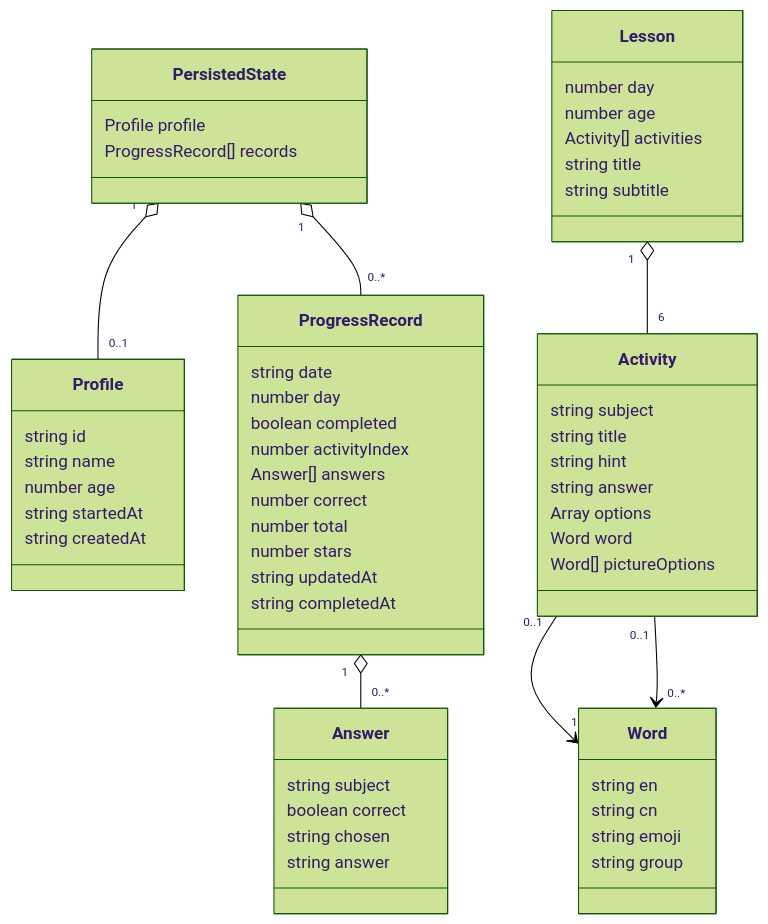
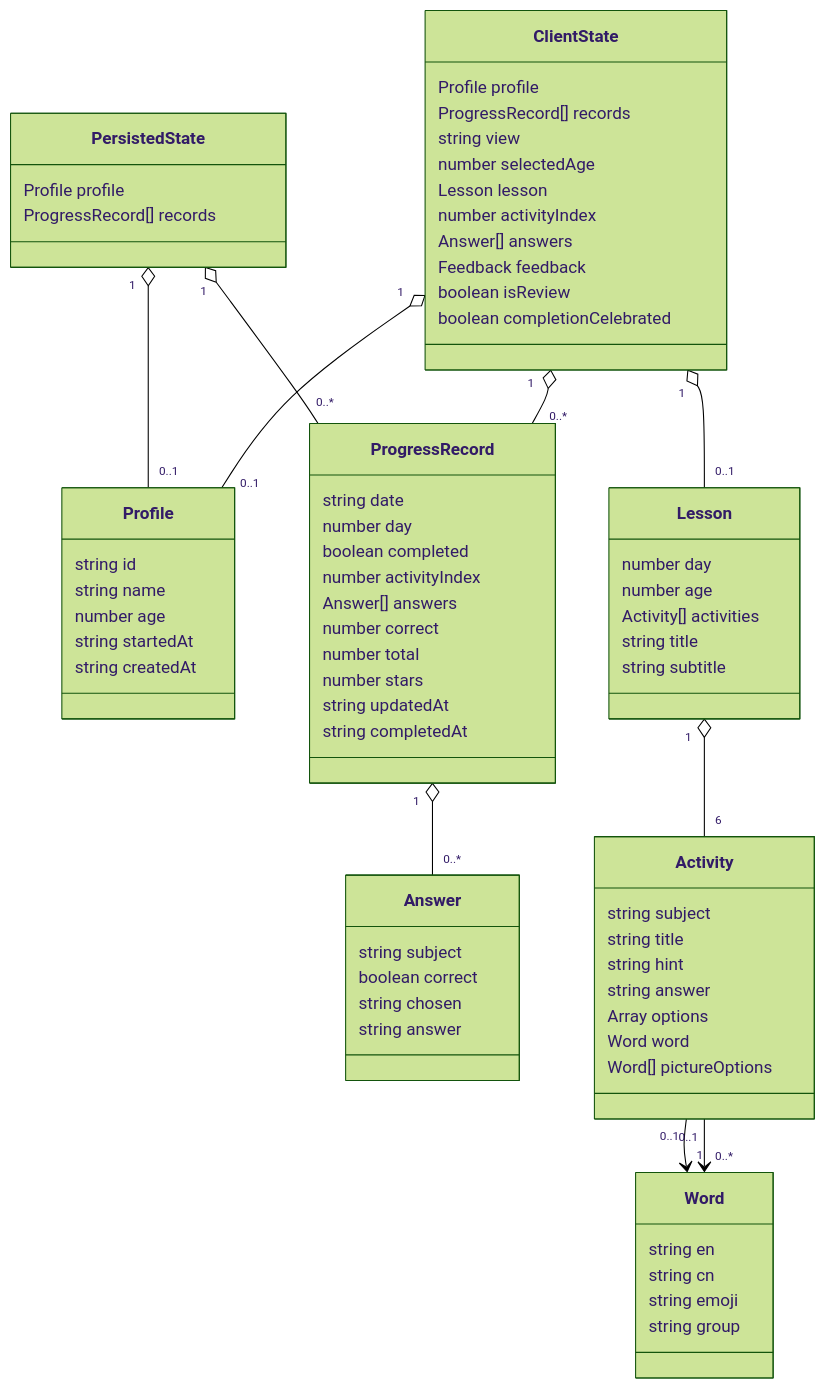
One commit to guccang/yuanbao changed the second of 2 diagrams in docs/codinghub/architecture.md. Above: the diagram before and after it, drawn with Mermaid (forest theme). The commit also changed other lines of this file and 3 other files, not shown here.

````diff
--- a/docs/codinghub/architecture.md
+++ b/docs/codinghub/architecture.md
@@ -58,60 +71,75 @@
 ```mermaid
 classDiagram
     class PersistedState {
         Profile profile
         ProgressRecord[] records
     }
     class Profile {
         string id
         string name
         number age
         string startedAt
         string createdAt
     }
     class ProgressRecord {
         string date
         number day
         boolean completed
         number activityIndex
         Answer[] answers
         number correct
         number total
         number stars
         string updatedAt
         string completedAt
     }
     class Answer {
         string subject
         boolean correct
         string chosen
         string answer
     }
+    class ClientState {
+        Profile profile
+        ProgressRecord[] records
+        string view
+        number selectedAge
+        Lesson lesson
+        number activityIndex
+        Answer[] answers
+        Feedback feedback
+        boolean isReview
+        boolean completionCelebrated
+    }
     class Lesson {
         number day
         number age
         Activity[] activities
         string title
         string subtitle
     }
     class Activity {
         string subject
         string title
         string hint
         string answer
         Array options
         Word word
         Word[] pictureOptions
     }
     class Word {
         string en
         string cn
         string emoji
         string group
     }
     PersistedState "1" o-- "0..1" Profile
     PersistedState "1" o-- "0..*" ProgressRecord
     ProgressRecord "1" o-- "0..*" Answer
+    ClientState "1" o-- "0..1" Profile
+    ClientState "1" o-- "0..*" ProgressRecord
+    ClientState "1" o-- "0..1" Lesson
     Lesson "1" o-- "6" Activity
     Activity "0..1" --> "1" Word
     Activity "0..1" --> "0..*" Word
 ```
````
